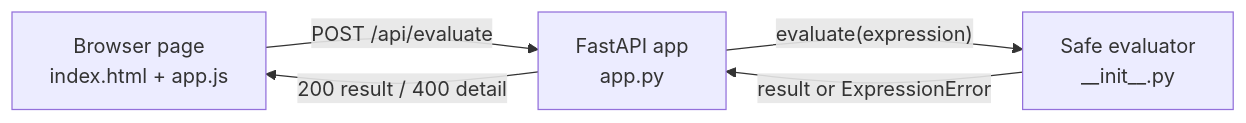
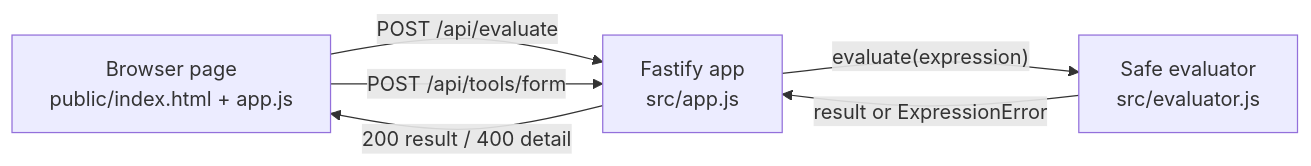
One commit to simpsonm09-org/simpsonm09-browser-calculator changed the diagram in docs/architecture.md. Above: the diagram before and after it, drawn with Mermaid. The commit also changed other lines of this file and 48 other files, not shown here.

````diff
--- a/docs/architecture.md
+++ b/docs/architecture.md
@@ -7,7 +7,8 @@
 ```mermaid
 flowchart LR
-    Browser["Browser page<br/>index.html + app.js"] -->|"POST /api/evaluate"| Server["FastAPI app<br/>app.py"]
-    Server -->|"evaluate(expression)"| Evaluator["Safe evaluator<br/>__init__.py"]
+    Browser["Browser page<br/>public/index.html + app.js"] -->|"POST /api/evaluate"| Server["Fastify app<br/>src/app.js"]
+    Browser -->|"POST /api/tools/form"| Server
+    Server -->|"evaluate(expression)"| Evaluator["Safe evaluator<br/>src/evaluator.js"]
     Evaluator -->|"result or ExpressionError"| Server
     Server -->|"200 result / 400 detail"| Browser
 ```
````
